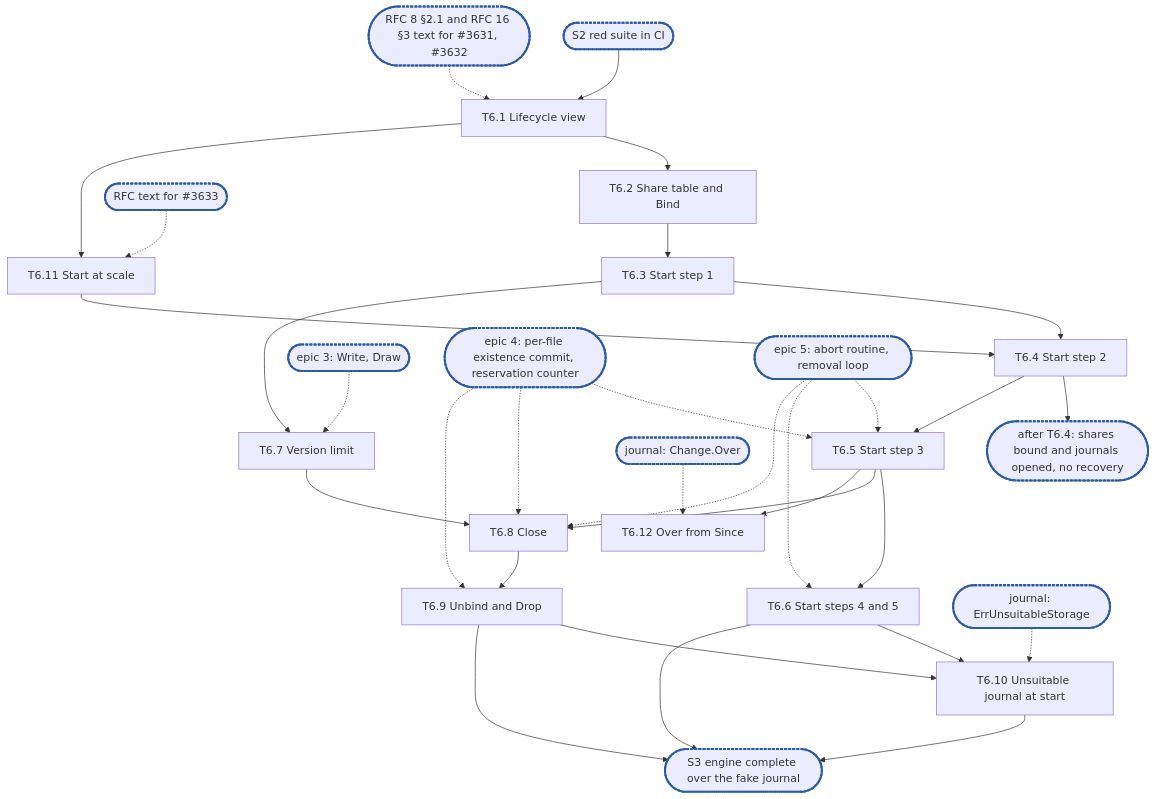
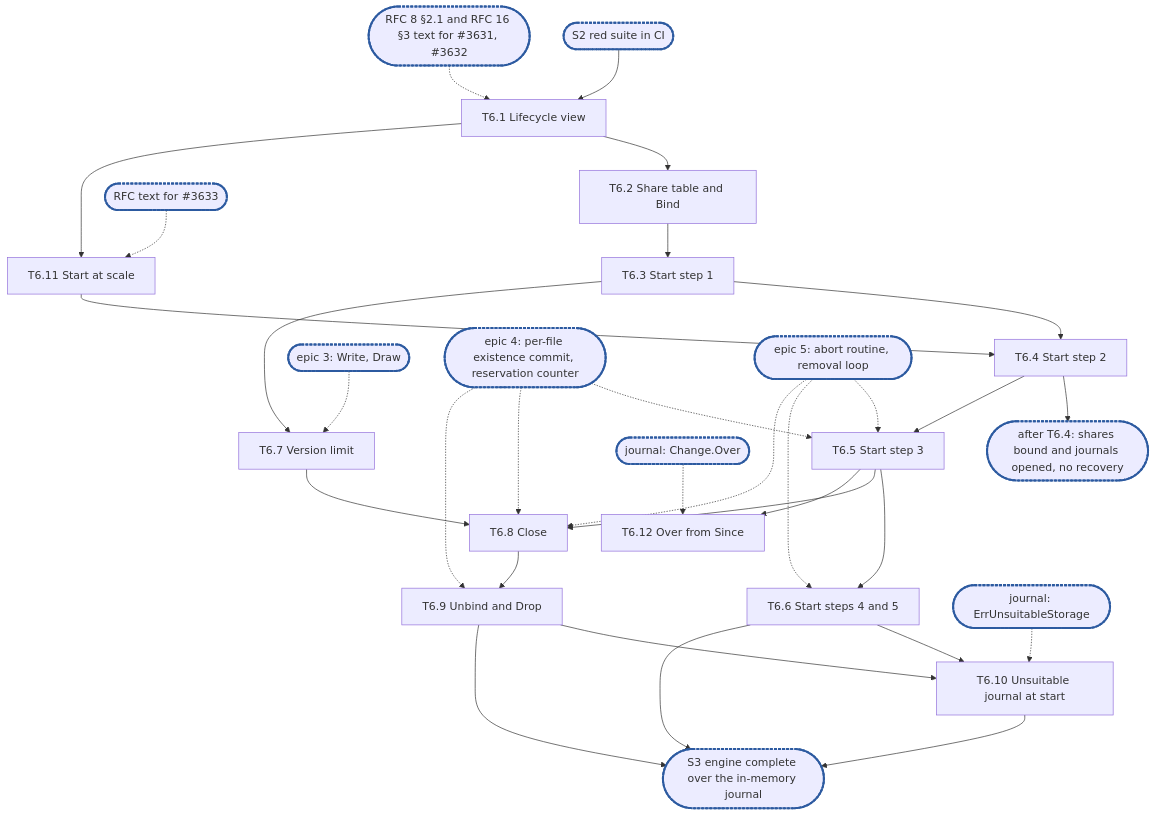
Before and after one commit to cubbit/dittofs: the diagram in docs/internals/planning/rfc-8-engine-epic6.md, drawn with Mermaid. The commit also changed other lines of this file and 8 other files, not shown here.

Commit message:
docs(planning): name the in-memory journal and the journal rows it is held to

````diff
--- a/docs/internals/planning/rfc-8-engine-epic6.md
+++ b/docs/internals/planning/rfc-8-engine-epic6.md
@@ -1049,25 +1046,25 @@
 ```mermaid
 flowchart TD
   S2(["S2 red suite in CI"]):::sync --> T6_1["T6.1 Lifecycle view"]
   rfc(["RFC 8 §2.1 and RFC 16 §3 text for #3631, #3632"]):::sync -.-> T6_1
   T6_1 --> T6_2["T6.2 Share table and Bind"]
   T6_2 --> T6_3["T6.3 Start step 1"]
   T6_1 --> T6_11["T6.11 Start at scale"]
   rfc3633(["RFC text for #3633"]):::sync -.-> T6_11
   T6_3 & T6_11 --> T6_4["T6.4 Start step 2"]
   T6_4 --> C1(["after T6.4: shares bound and journals opened, no recovery"]):::sync
   ep3(["epic 3: Write, Draw"]):::sync -.-> T6_7
   T6_3 --> T6_7["T6.7 Version limit"]
   ep4(["epic 4: per-file existence commit, reservation counter"]):::sync -.-> T6_5 & T6_8 & T6_9
   ep5(["epic 5: abort routine, removal loop"]):::sync -.-> T6_5 & T6_6 & T6_8
   T6_4 --> T6_5["T6.5 Start step 3"]
   T6_5 --> T6_6["T6.6 Start steps 4 and 5"]
   T6_5 & T6_7 --> T6_8["T6.8 Close"]
   T6_8 --> T6_9["T6.9 Unbind and Drop"]
   J(["journal: ErrUnsuitableStorage"]):::sync -.-> T6_10
   T6_6 & T6_9 --> T6_10["T6.10 Unsuitable journal at start"]
   T6_5 --> T6_12["T6.12 Over from Since"]
   J2(["journal: Change.Over"]):::sync -.-> T6_12
-  T6_6 & T6_9 & T6_10 --> S3(["S3 engine complete over the fake journal"]):::sync
+  T6_6 & T6_9 & T6_10 --> S3(["S3 engine complete over the in-memory journal"]):::sync
   classDef sync stroke:#2c5aa0,stroke-width:3px,stroke-dasharray:4 2
 ```
````
